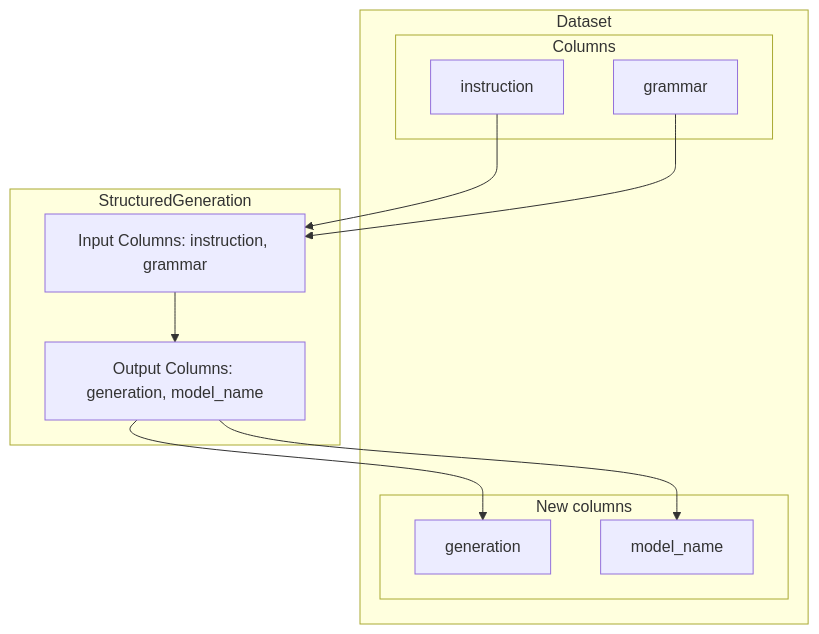
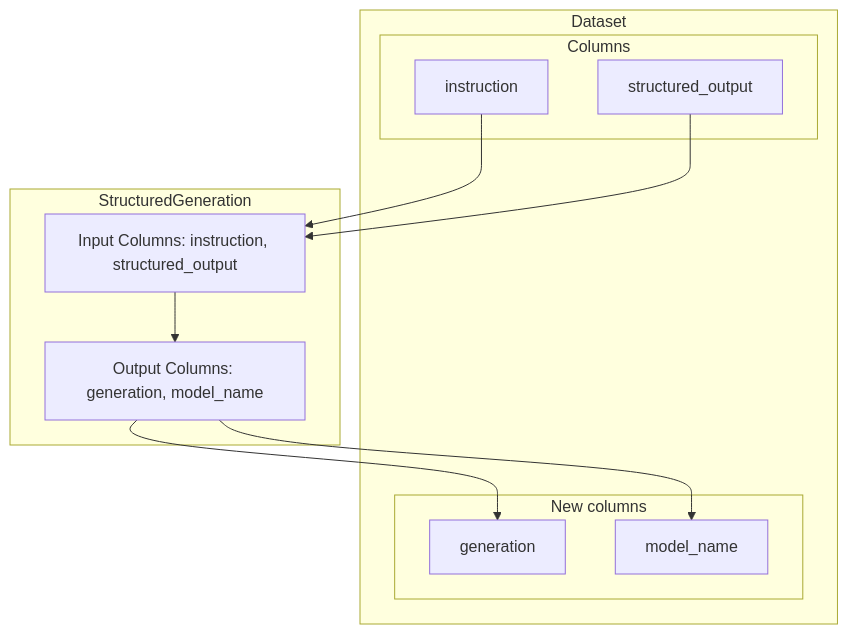
The diagram in dev/components-gallery/tasks/structuredgeneration.md (argilla-io/distilabel), drawn with Mermaid before and after one commit. The commit also changed other lines of this file and 84 other files, not shown here.

````diff
--- a/dev/components-gallery/tasks/structuredgeneration.md
+++ b/dev/components-gallery/tasks/structuredgeneration.md
@@ -27,25 +27,25 @@
 ``` mermaid
 graph TD
 	subgraph Dataset
 		subgraph Columns
 			ICOL0[instruction]
-			ICOL1[grammar]
+			ICOL1[structured_output]
 		end
 		subgraph New columns
 			OCOL0[generation]
 			OCOL1[model_name]
 		end
 	end
 
 	subgraph StructuredGeneration
-		StepInput[Input Columns: instruction, grammar]
+		StepInput[Input Columns: instruction, structured_output]
 		StepOutput[Output Columns: generation, model_name]
 	end
 
 	ICOL0 --> StepInput
 	ICOL1 --> StepInput
 	StepOutput --> OCOL0
 	StepOutput --> OCOL1
 	StepInput --> StepOutput
 
 ```
````
